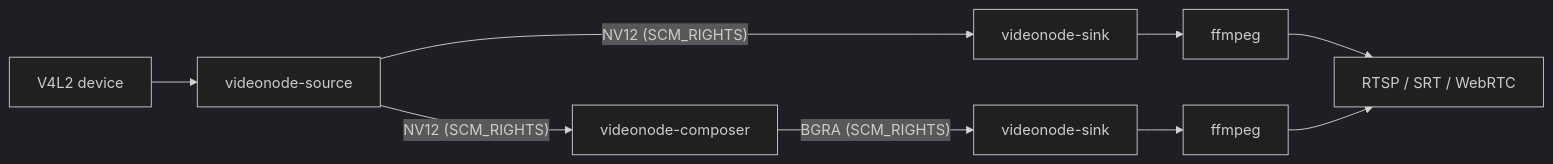
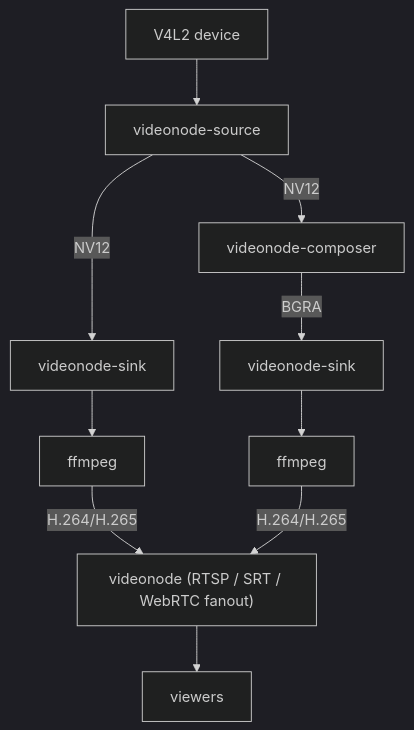
The diagram in website/docs/getting-started/introduction.md (smazurov/videonode), drawn with Mermaid (dark theme) before and after one commit. The commit also changed other lines of this file and 26 other files, not shown here.

````diff
--- a/website/docs/getting-started/introduction.md
+++ b/website/docs/getting-started/introduction.md
@@ -16,17 +16,20 @@
 ```mermaid
-flowchart LR
+flowchart TB
   accTitle: VideoNode three-entity pipeline model
   accDescr {
     A V4L2 device feeds videonode-source. The source broadcasts NV12 frames
     to videonode-composer and directly to videonode-sink instances via
     SCM_RIGHTS. The composer produces a BGRA canvas that feeds its own sink.
     Each sink pipes into ffmpeg, which publishes to RTSP, SRT, or WebRTC.
   }
 
   dev["V4L2 device"] --> src["videonode-source"]
-  src -- "NV12 (SCM_RIGHTS)" --> comp["videonode-composer"]
-  src -- "NV12 (SCM_RIGHTS)" --> sink1["videonode-sink"]
-  comp -- "BGRA (SCM_RIGHTS)" --> sink2["videonode-sink"]
-  sink1 --> ff1["ffmpeg"] --> out["RTSP / SRT / WebRTC"]
-  sink2 --> ff2["ffmpeg"] --> out
+  src -- "NV12" --> comp["videonode-composer"]
+  src -- "NV12" --> sink1["videonode-sink"]
+  comp -- "BGRA" --> sink2["videonode-sink"]
+  sink1 --> ff1["ffmpeg"]
+  sink2 --> ff2["ffmpeg"]
+  ff1 -- "H.264/H.265" --> vn["videonode (RTSP / SRT / WebRTC fanout)"]
+  ff2 -- "H.264/H.265" --> vn
+  vn --> viewers["viewers"]
 ```
````
